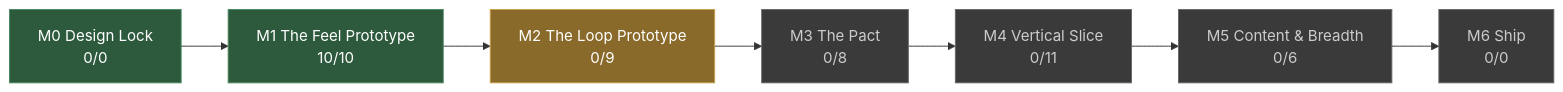
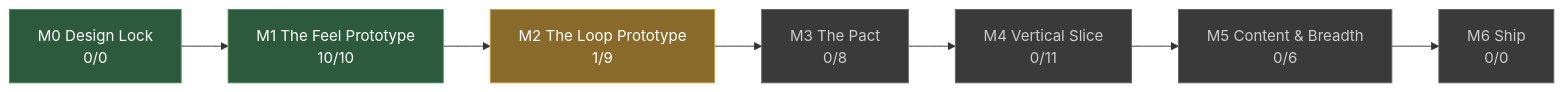
The diagram in docs/STATUS.md (JoshuaGessner/she), drawn with Mermaid before and after one commit. The commit also changed other lines of this file and 32 other files, not shown here.

````diff
--- a/docs/STATUS.md
+++ b/docs/STATUS.md
@@ -13,19 +13,19 @@
 ```mermaid
 flowchart LR
   M0["M0 Design Lock<br/>0/0"]:::passed
   M1["M1 The Feel Prototype<br/>10/10"]:::passed
   M0 --> M1
-  M2["M2 The Loop Prototype<br/>0/9"]:::current
+  M2["M2 The Loop Prototype<br/>1/9"]:::current
   M1 --> M2
   M3["M3 The Pact<br/>0/8"]:::ahead
   M2 --> M3
   M4["M4 Vertical Slice<br/>0/11"]:::ahead
   M3 --> M4
   M5["M5 Content & Breadth<br/>0/6"]:::ahead
   M4 --> M5
   M6["M6 Ship<br/>0/0"]:::ahead
   M5 --> M6
   classDef passed fill:#2d5a3d,stroke:#4a8a5f,color:#fff
   classDef current fill:#8a6a2a,stroke:#c8a04a,color:#fff
   classDef ahead fill:#3a3a3a,stroke:#666,color:#ccc
 ```
````
